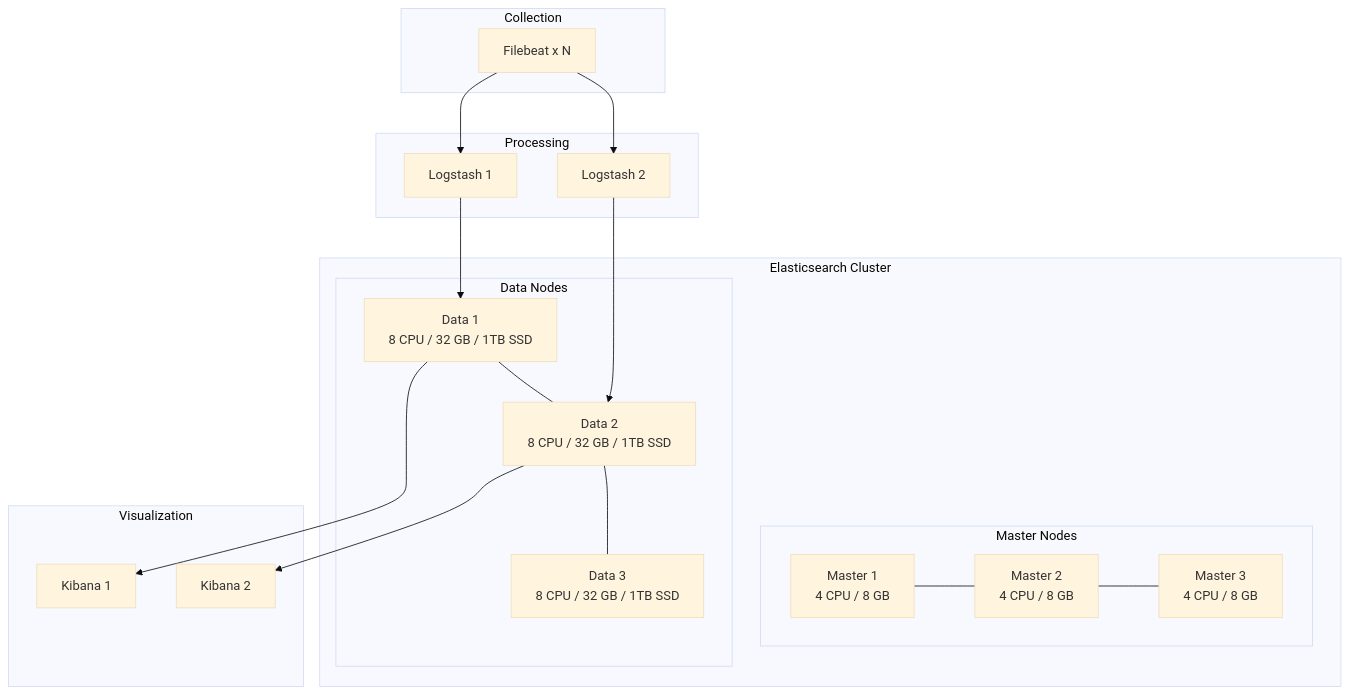
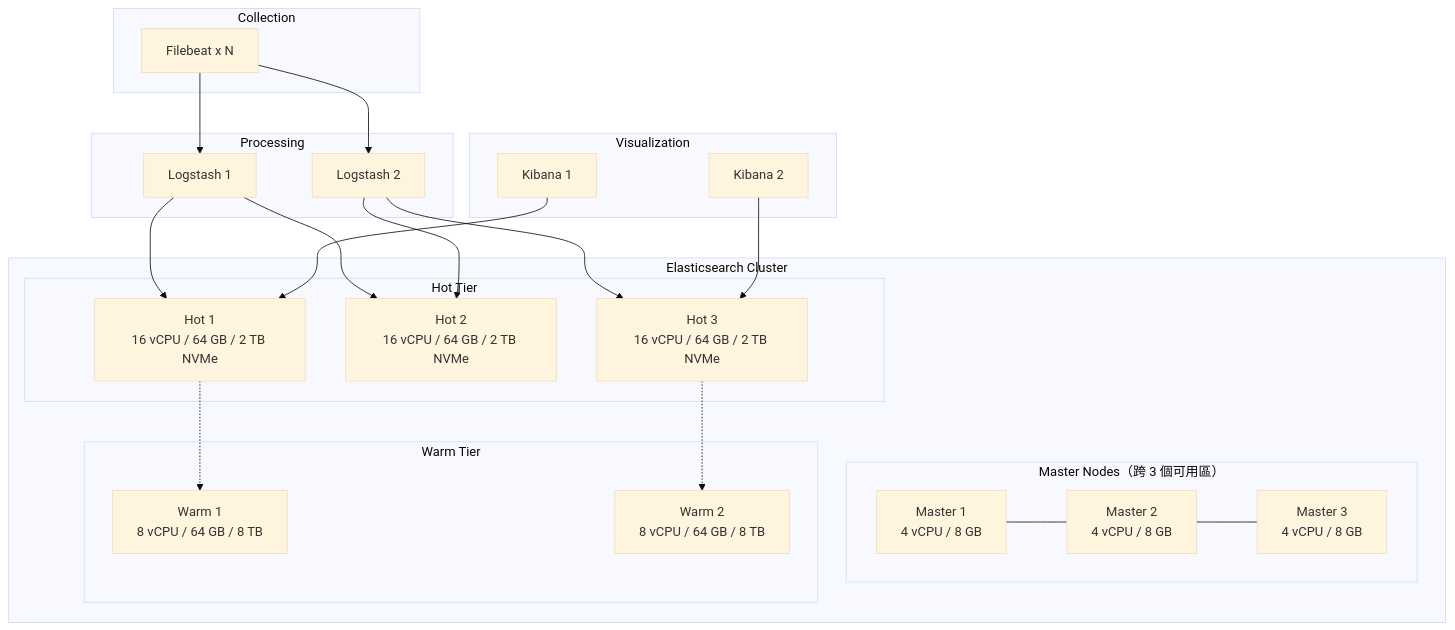
One commit to chihhung/Blog changed the tenth of 28 diagrams in content/posts/教學/工具/ELK-Stack教學手冊.md. Above: the diagram before and after it, drawn with Mermaid (base theme). The commit also changed other lines of this file and 8 other files, not shown here.

````diff
--- a/content/posts/教學/工具/ELK-Stack教學手冊.md
+++ b/content/posts/教學/工具/ELK-Stack教學手冊.md
@@ -549,39 +1030,47 @@
 ```mermaid
 graph TB
     subgraph "Collection"
         FB[Filebeat x N]
     end
-    
+
     subgraph "Processing"
         LS1[Logstash 1]
         LS2[Logstash 2]
     end
-    
+
     subgraph "Elasticsearch Cluster"
-        subgraph "Master Nodes"
-            M1[Master 1<br/>4 CPU / 8 GB]
-            M2[Master 2<br/>4 CPU / 8 GB]
-            M3[Master 3<br/>4 CPU / 8 GB]
+        subgraph "Master Nodes（跨 3 個可用區）"
+            M1[Master 1<br/>4 vCPU / 8 GB]
+            M2[Master 2<br/>4 vCPU / 8 GB]
+            M3[Master 3<br/>4 vCPU / 8 GB]
         end
-        
-        subgraph "Data Nodes"
-            D1[Data 1<br/>8 CPU / 32 GB / 1TB SSD]
-            D2[Data 2<br/>8 CPU / 32 GB / 1TB SSD]
-            D3[Data 3<br/>8 CPU / 32 GB / 1TB SSD]
+
+        subgraph "Hot Tier"
+            D1[Hot 1<br/>16 vCPU / 64 GB / 2 TB NVMe]
+            D2[Hot 2<br/>16 vCPU / 64 GB / 2 TB NVMe]
+            D3[Hot 3<br/>16 vCPU / 64 GB / 2 TB NVMe]
+        end
+
+        subgraph "Warm Tier"
+            W1[Warm 1<br/>8 vCPU / 64 GB / 8 TB]
+            W2[Warm 2<br/>8 vCPU / 64 GB / 8 TB]
         end
     end
-    
+
     subgraph "Visualization"
         K1[Kibana 1]
         K2[Kibana 2]
     end
-    
+
     FB --> LS1
     FB --> LS2
     LS1 --> D1
+    LS1 --> D2
     LS2 --> D2
-    D1 --- D2 --- D3
+    LS2 --> D3
     M1 --- M2 --- M3
-    D1 --> K1
-    D2 --> K2
+    D1 -.-> W1
+    D3 -.-> W2
+    K1 --> D1
+    K2 --> D3
 ```
````
